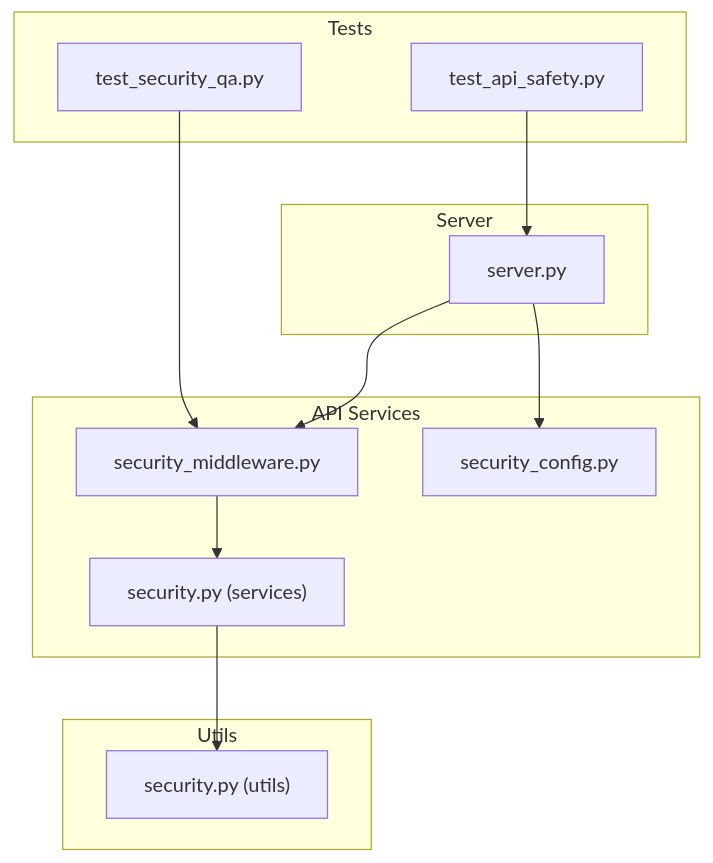
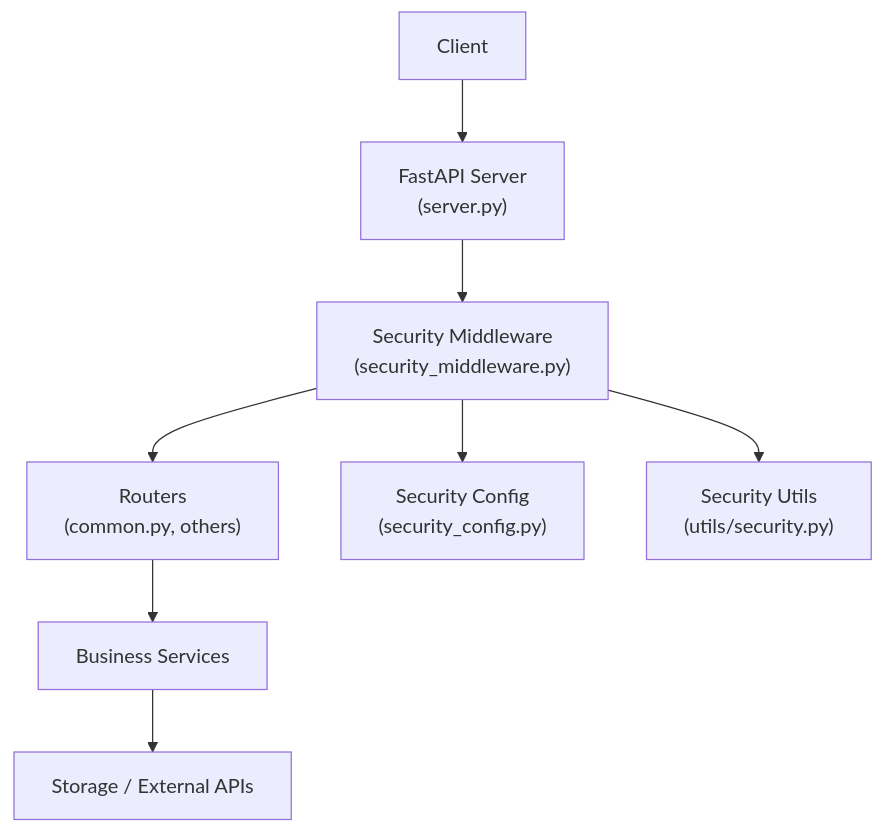
Before and after one commit to Sifr-r/LocalDeepL: the first of 4 diagrams in .qoder/repowiki/en/content/API Reference/Authentication & Security.md, drawn with Mermaid. The commit also changed other lines of this file and 246 other files, not shown here.

````diff
--- a/.qoder/repowiki/en/content/API Reference/Authentication & Security.md
+++ b/.qoder/repowiki/en/content/API Reference/Authentication & Security.md
@@ -36,24 +39,10 @@
 ```mermaid
 graph TB
-subgraph "API Services"
-SM["security_middleware.py"]
-SC["security_config.py"]
-SS["security.py (services)"]
-end
-subgraph "Utils"
-SU["security.py (utils)"]
-end
-subgraph "Server"
-SRV["server.py"]
-end
-subgraph "Tests"
-TQA["test_security_qa.py"]
-TSF["test_api_safety.py"]
-end
-SRV --> SM
-SRV --> SC
-SM --> SS
-SS --> SU
-TQA --> SM
-TSF --> SRV
+Client["Client"] --> Server["FastAPI Server<br/>(server.py)"]
+Server --> MW["Security Middleware<br/>(security_middleware.py)"]
+MW --> Router["Routers<br/>(common.py, others)"]
+MW --> SecCfg["Security Config<br/>(security_config.py)"]
+MW --> SecUtils["Security Utils<br/>(utils/security.py)"]
+Router --> Services["Business Services"]
+Services --> Storage["Storage / External APIs"]
 ```
````
